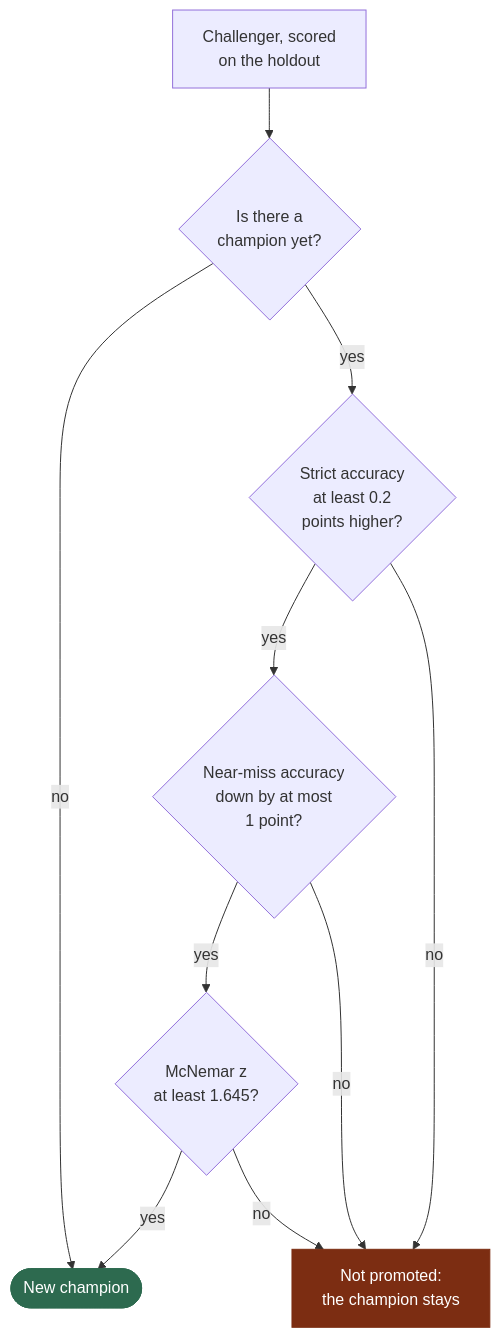
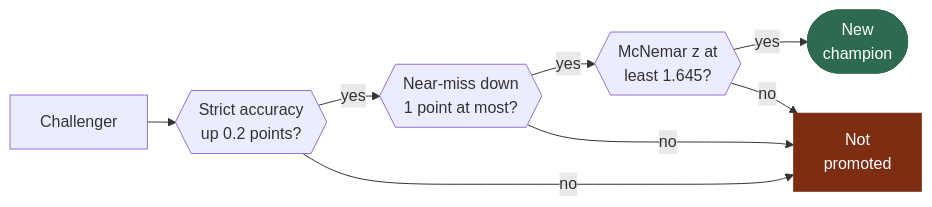
One commit to LCapy/embedding-rhizome-classifier changed the third of 6 diagrams in README.md. Above: the diagram before and after it, drawn with Mermaid. The commit also changed other lines of this file, not shown here.

Commit message:
docs: horizontal, compact training flowcharts in the README

````diff
--- a/README.md
+++ b/README.md
@@ -380,17 +364,16 @@
 ```mermaid
-flowchart TD
-    New["Challenger, scored<br/>on the holdout"] --> First{"Is there a<br/>champion yet?"}
-    First -->|"no"| Win(["New champion"])
-    First -->|"yes"| Delta{"Strict accuracy<br/>at least 0.2<br/>points higher?"}
-    Delta -->|"yes"| Near{"Near-miss accuracy<br/>down by at most<br/>1 point?"}
-    Near -->|"yes"| Z{"McNemar z<br/>at least 1.645?"}
-    Z -->|"yes"| Win
-    Delta -->|"no"| Stay["Not promoted:<br/>the champion stays"]
+%%{init: {"flowchart": {"nodeSpacing": 22, "rankSpacing": 28}}}%%
+flowchart LR
+    New["Challenger"] --> Strict{{"Strict accuracy<br/>up 0.2 points?"}}
+    Strict -->|"yes"| Near{{"Near-miss down<br/>1 point at most?"}}
+    Near -->|"yes"| Z{{"McNemar z at<br/>least 1.645?"}}
+    Z -->|"yes"| Win(["New<br/>champion"])
+    Strict -->|"no"| Stay["Not<br/>promoted"]
     Near -->|"no"| Stay
     Z -->|"no"| Stay
 
     classDef champion fill:#2d6a4f,color:#fff,stroke:#2d6a4f
     classDef ended fill:#7c2d12,color:#fff,stroke:#7c2d12
     class Win champion
     class Stay ended
 ```
````
